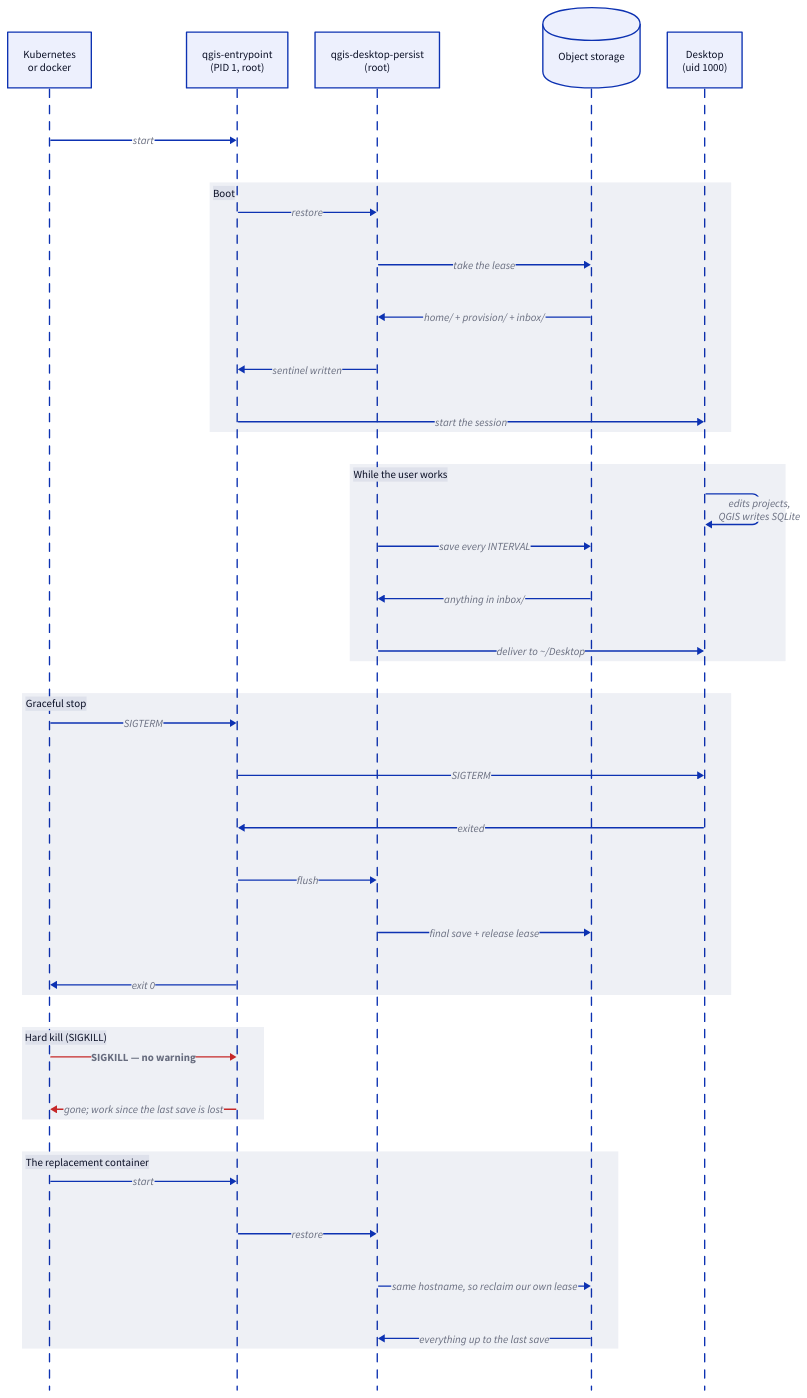
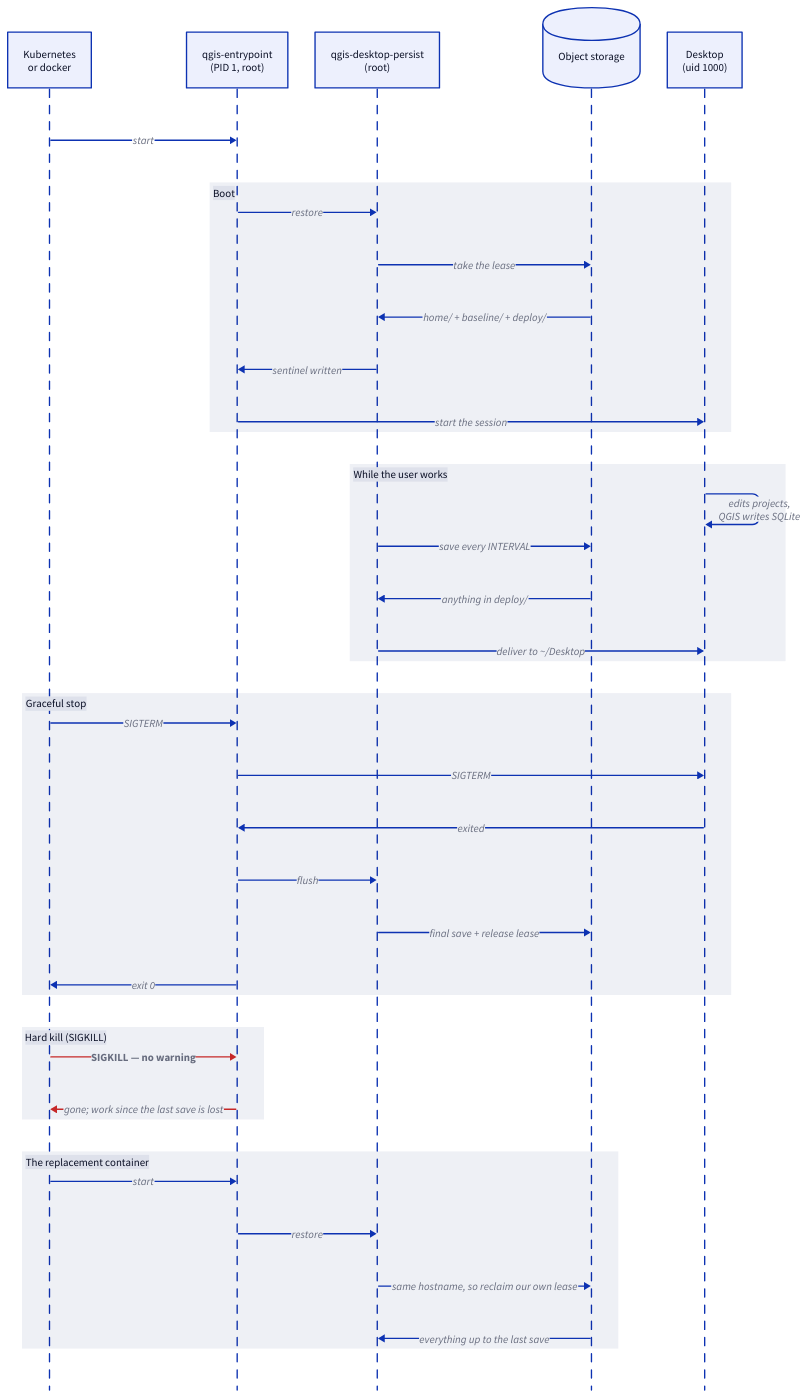
One commit to kartoza/qgis-desktop-docker changed the diagram in docs/configuration/diagrams/persistence-lifecycle.d2. Above: the diagram before and after it, drawn with D2. The commit also changed 34 other files, not shown here.

```diff
--- a/docs/configuration/diagrams/persistence-lifecycle.d2
+++ b/docs/configuration/diagrams/persistence-lifecycle.d2
@@ -1,53 +1,53 @@
 # The life of a container, from first boot to being deleted and replaced.
 # Rendered by scripts/render-diagrams.sh — edit the .d2, not the .svg.
 
 shape: sequence_diagram
 
 k8s: "Kubernetes\nor docker"
 entry: "qgis-entrypoint\n(PID 1, root)"
 persist: "qgis-desktop-persist\n(root)"
 bucket: "Object storage" { shape: cylinder }
 desktop: "Desktop\n(uid 1000)"
 
 k8s -> entry: "start"
 
 boot: "Boot" {
   entry -> persist: "restore"
   persist -> bucket: "take the lease"
-  bucket -> persist: "home/ + provision/ + inbox/"
+  bucket -> persist: "home/ + baseline/ + deploy/"
   persist -> entry: "sentinel written"
   entry -> desktop: "start the session"
 }
 
 work: "While the user works" {
   desktop -> desktop: "edits projects,\nQGIS writes SQLite"
   persist -> bucket: "save every INTERVAL"
-  bucket -> persist: "anything in inbox/"
+  bucket -> persist: "anything in deploy/"
   persist -> desktop: "deliver to ~/Desktop"
 }
 
 stop: "Graceful stop" {
   k8s -> entry: "SIGTERM"
   entry -> desktop: "SIGTERM"
   desktop -> entry: "exited"
   entry -> persist: "flush"
   persist -> bucket: "final save + release lease"
   entry -> k8s: "exit 0"
 }
 
 kill: "Hard kill (SIGKILL)" {
   k8s -> entry: "SIGKILL — no warning" {
     style.stroke: "#C62828"
     style.bold: true
   }
   entry -> k8s: "gone; work since the last save is lost" {
     style.stroke: "#C62828"
   }
 }
 
 again: "The replacement container" {
   k8s -> entry: "start"
   entry -> persist: "restore"
   persist -> bucket: "same hostname, so reclaim our own lease"
   bucket -> persist: "everything up to the last save"
 }
```
